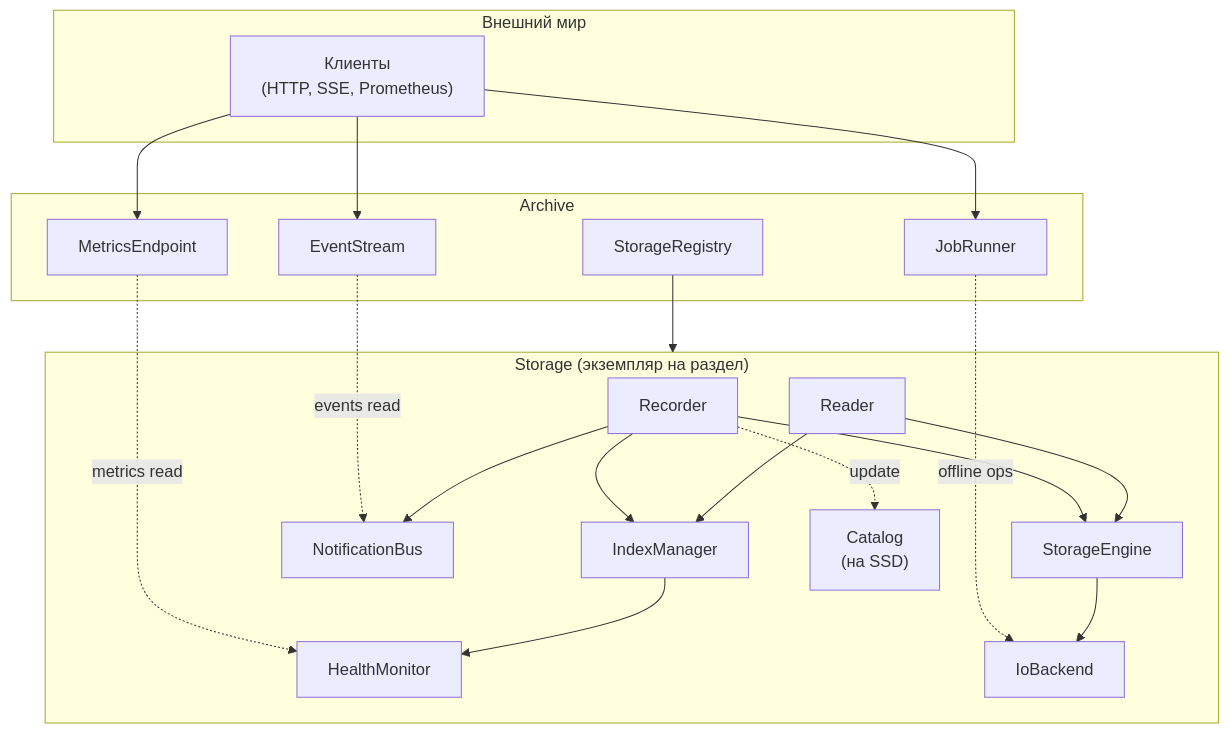
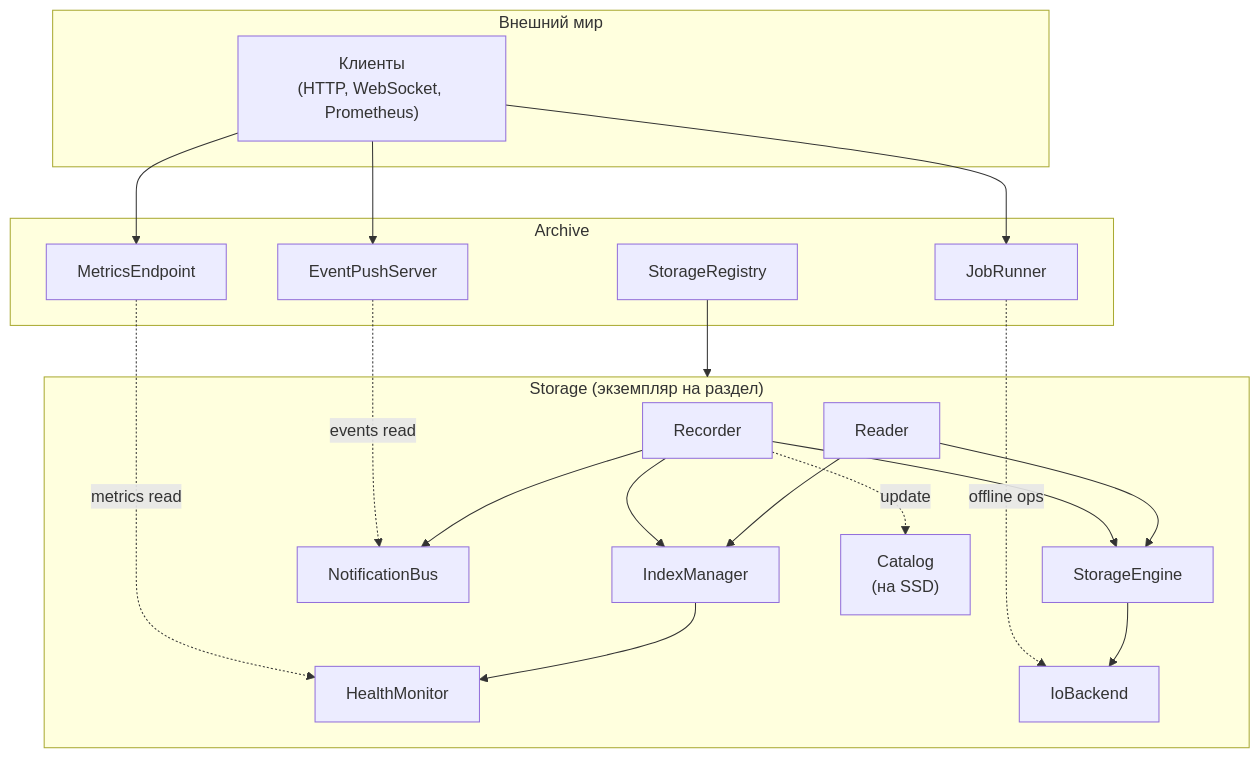
One commit to traycers/farc changed the second of 5 diagrams in docs/docs/archive/02-storage.md. Above: the diagram before and after it, drawn with Mermaid. The commit also changed other lines of this file and 8 other files, not shown here.

````diff
--- a/docs/docs/archive/02-storage.md
+++ b/docs/docs/archive/02-storage.md
@@ -104,42 +104,42 @@
 ```mermaid
 graph TB
     subgraph External["Внешний мир"]
-        Client["Клиенты<br/>(HTTP, SSE, Prometheus)"]
+        Client["Клиенты<br/>(HTTP, WebSocket, Prometheus)"]
     end
 
     subgraph ArchiveLayer["Archive"]
         Metrics["MetricsEndpoint"]
-        Events["EventStream"]
+        Events["EventPushServer"]
         Jobs["JobRunner"]
         Registry["StorageRegistry"]
     end
 
     subgraph StorageLayer["Storage (экземпляр на раздел)"]
         Recorder
         Reader
         IndexManager
         NotificationBus
         HealthMonitor
         StorageEngine
         IoBackend
         Catalog["Catalog<br/>(на SSD)"]
     end
 
     Client --> Metrics
     Client --> Events
     Client --> Jobs
 
     Registry --> StorageLayer
     Metrics -.metrics read.-> HealthMonitor
     Events -.events read.-> NotificationBus
     Jobs -.offline ops.-> IoBackend
 
     Recorder --> IndexManager
     Recorder --> StorageEngine
     Recorder --> NotificationBus
     Recorder -.update.-> Catalog
     Reader --> IndexManager
     Reader --> StorageEngine
     IndexManager --> HealthMonitor
     StorageEngine --> IoBackend
 ```
````
